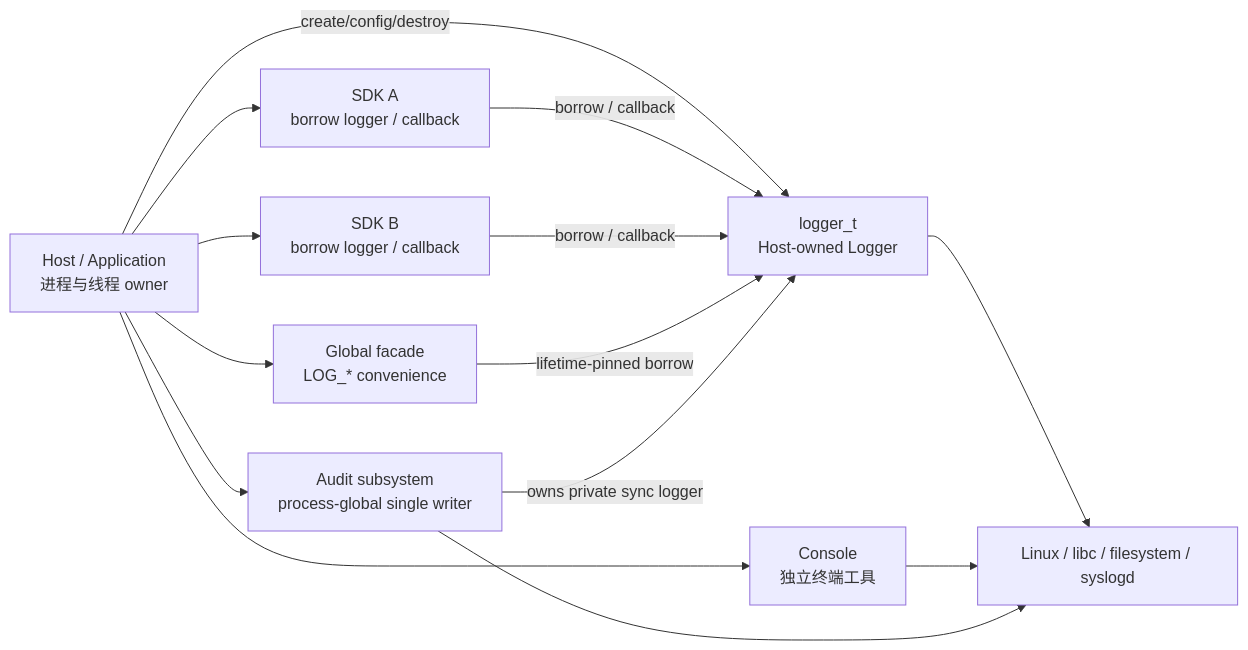
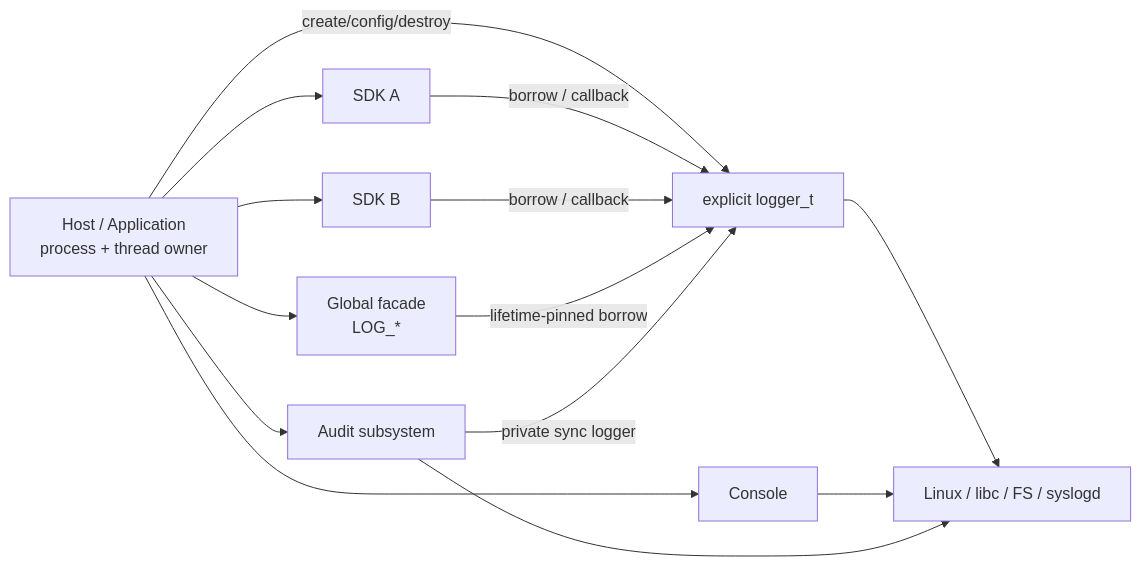
Before and after one commit to MyBlackHole/c-logger: the first of 5 diagrams in docs/ARCHITECTURE.md, drawn with Mermaid. The commit also changed other lines of this file and 4 other files, not shown here.

Commit message:
docs: separate architecture review invariants

````diff
--- a/docs/ARCHITECTURE.md
+++ b/docs/ARCHITECTURE.md
@@ -64,27 +60,28 @@
 ```mermaid
 flowchart LR
-    Host["Host / Application\n进程与线程 owner"]
-    SDKA["SDK A\nborrow logger / callback"]
-    SDKB["SDK B\nborrow logger / callback"]
-    Global["Global facade\nLOG_* convenience"]
-    Console["Console\n独立终端工具"]
-    Logger["logger_t\nHost-owned Logger"]
-    Audit["Audit subsystem\nprocess-global single writer"]
-    OS["Linux / libc / filesystem / syslogd"]
+    Host["Host / Application\nprocess + thread owner"]
+    SDKA["SDK A"]
+    SDKB["SDK B"]
+    Explicit["explicit logger_t"]
+    Global["Global facade\nLOG_*"]
+    Console["Console"]
+    Audit["Audit subsystem"]
+    Linux["Linux / libc / FS / syslogd"]
 
-    Host -->|create/config/destroy| Logger
+    Host -->|create/config/destroy| Explicit
     Host --> SDKA
     Host --> SDKB
-    SDKA -->|borrow / callback| Logger
-    SDKB -->|borrow / callback| Logger
+    SDKA -->|borrow / callback| Explicit
+    SDKB -->|borrow / callback| Explicit
+
     Host --> Global
     Host --> Console
     Host --> Audit
 
-    Global -->|lifetime-pinned borrow| Logger
-    Audit -->|owns private sync logger| Logger
+    Global -->|lifetime-pinned borrow| Explicit
+    Audit -->|private sync logger| Explicit
 
-    Logger --> OS
-    Console --> OS
-    Audit --> OS
+    Explicit --> Linux
+    Console --> Linux
+    Audit --> Linux
 ```
````
